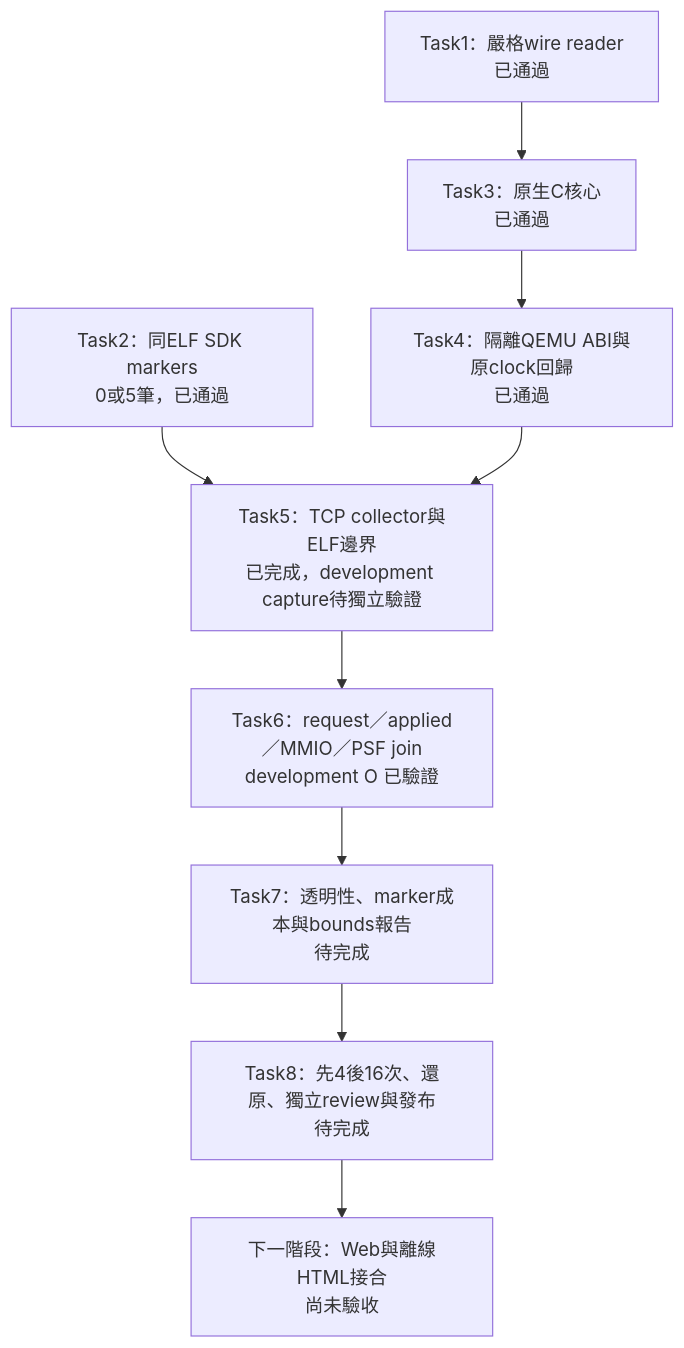
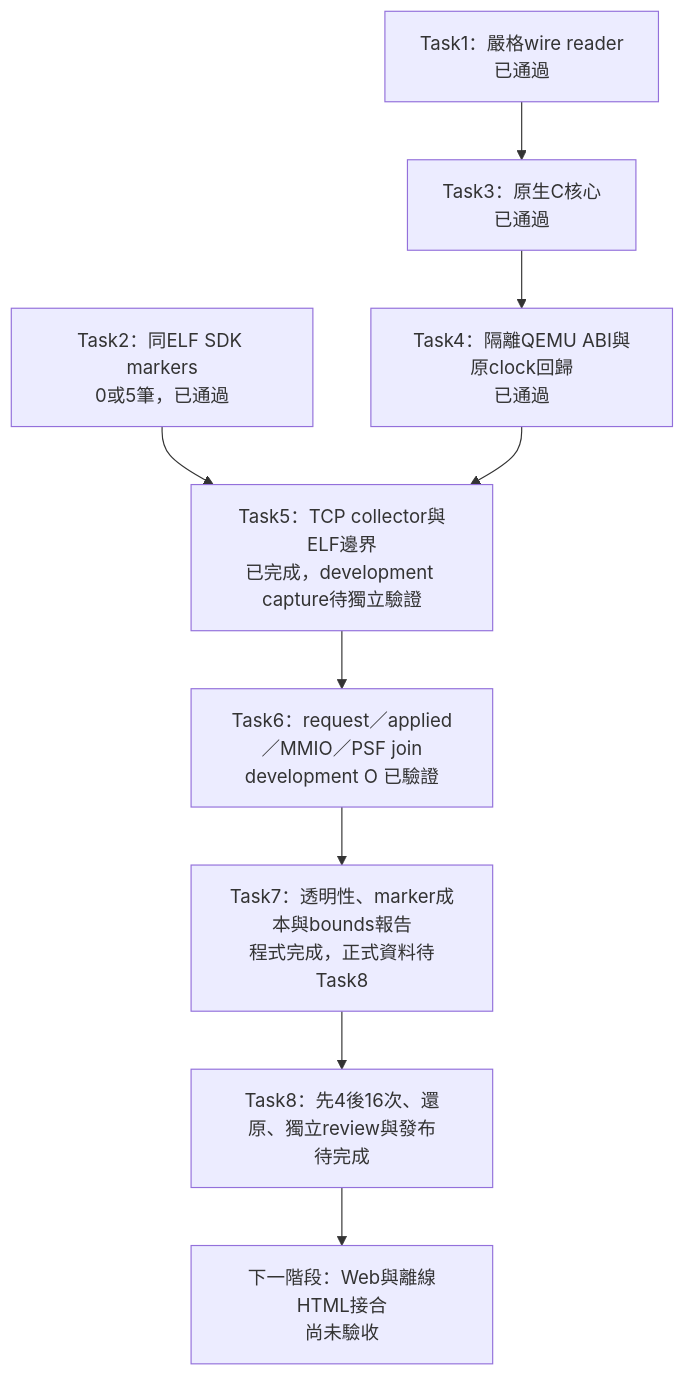
One commit to swchen44/freertos_risvc_observability changed the diagram in docs/clock-anchor-progress.md. Above: the diagram before and after it, drawn with Mermaid. The commit also changed other lines of this file and 20 other files, not shown here.

````diff
--- a/docs/clock-anchor-progress.md
+++ b/docs/clock-anchor-progress.md
@@ -20,11 +21,11 @@
 ```mermaid
 flowchart TD
     W[Task1：嚴格wire reader<br/>已通過] --> C[Task3：原生C核心<br/>已通過]
     G[Task2：同ELF SDK markers<br/>0或5筆，已通過] --> P[Task5：TCP collector與ELF邊界<br/>已完成，development capture待獨立驗證]
     C --> Q[Task4：隔離QEMU ABI與原clock回歸<br/>已通過]
     Q --> P
     P --> J[Task6：request／applied／MMIO／PSF join<br/>development O 已驗證]
-    J --> R[Task7：透明性、marker成本與bounds報告<br/>待完成]
+    J --> R[Task7：透明性、marker成本與bounds報告<br/>程式完成，正式資料待Task8]
     R --> V[Task8：先4後16次、還原、獨立review與發布<br/>待完成]
     V --> UI[下一階段：Web與離線HTML接合<br/>尚未驗收]
 ```
````
